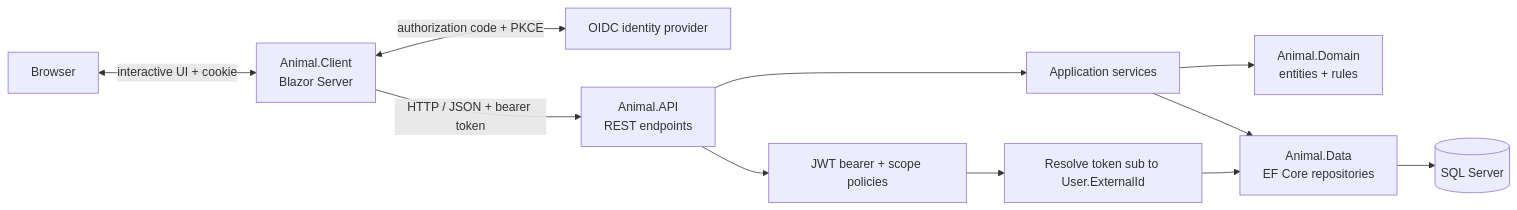
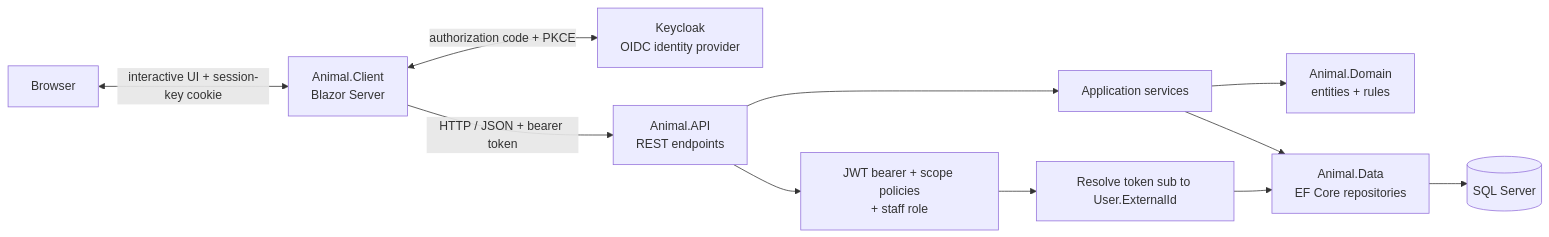
Before and after one commit to AidinYaseri/Team-5-Web-Programming: the first of 2 diagrams in README.md, drawn with Mermaid. The commit also changed other lines of this file and 7 other files, not shown here.

Commit message:
#43: update README, auth.md and diagrams for Milestone 4

````diff
--- a/README.md
+++ b/README.md
@@ -22,24 +22,24 @@
 ```mermaid
 flowchart LR
     Browser[Browser]
     Client[Animal.Client<br/>Blazor Server]
-    Identity[OIDC identity provider]
+    Identity[Keycloak<br/>OIDC identity provider]
     API[Animal.API<br/>REST endpoints]
-    Auth[JWT bearer + scope policies]
+    Auth[JWT bearer + scope policies<br/>+ staff role]
     Subject[Resolve token sub to User.ExternalId]
     Services[Application services]
     Domain[Animal.Domain<br/>entities + rules]
     Data[Animal.Data<br/>EF Core repositories]
     DB[(SQL Server)]
 
-    Browser <-->|interactive UI + cookie| Client
+    Browser <-->|interactive UI + session-key cookie| Client
     Client <-->|authorization code + PKCE| Identity
     Client -->|HTTP / JSON + bearer token| API
     API --> Auth
     Auth --> Subject
     Subject --> Data
     API --> Services
     Services --> Domain
     Services --> Data
     Data --> DB
 ```
````
